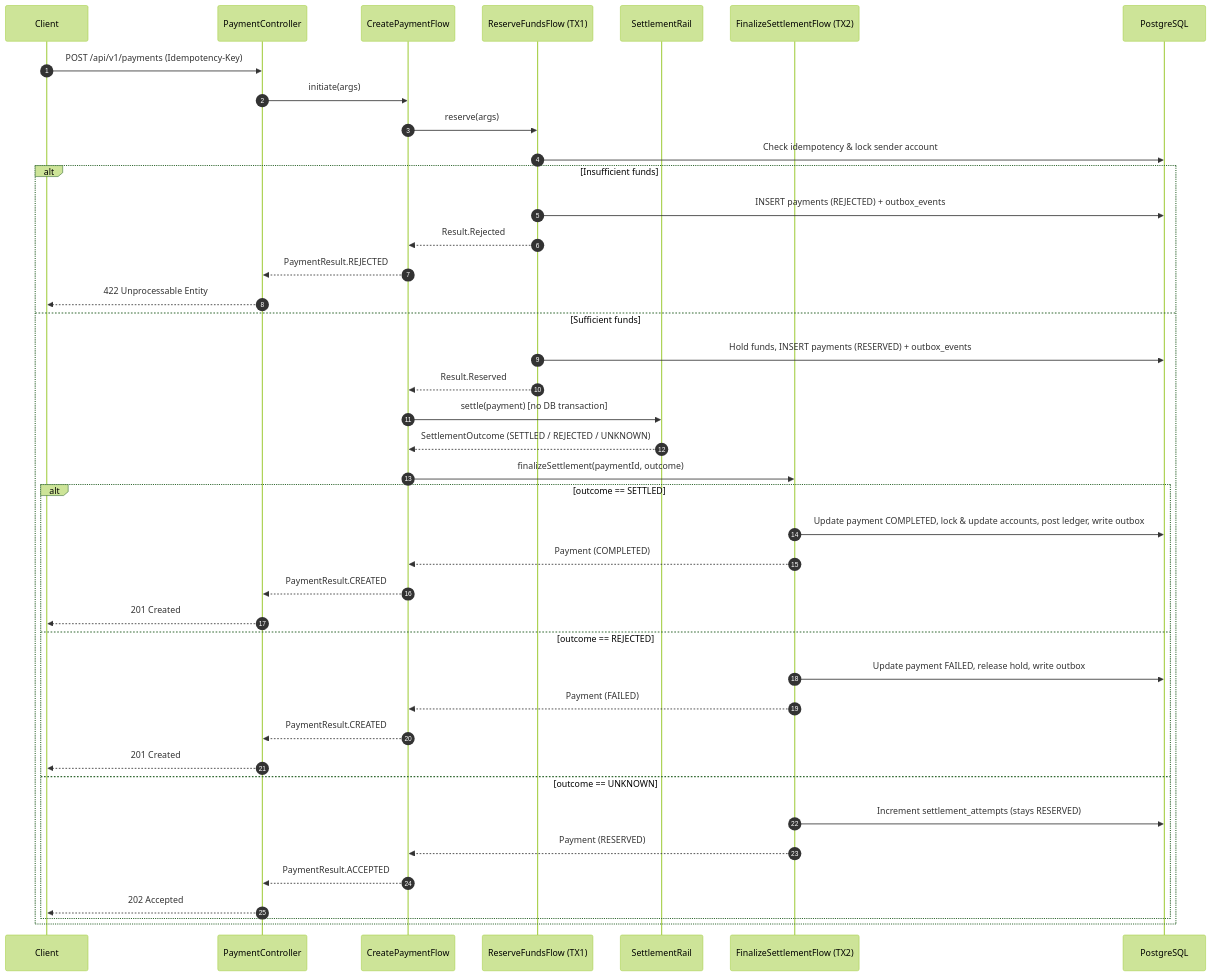
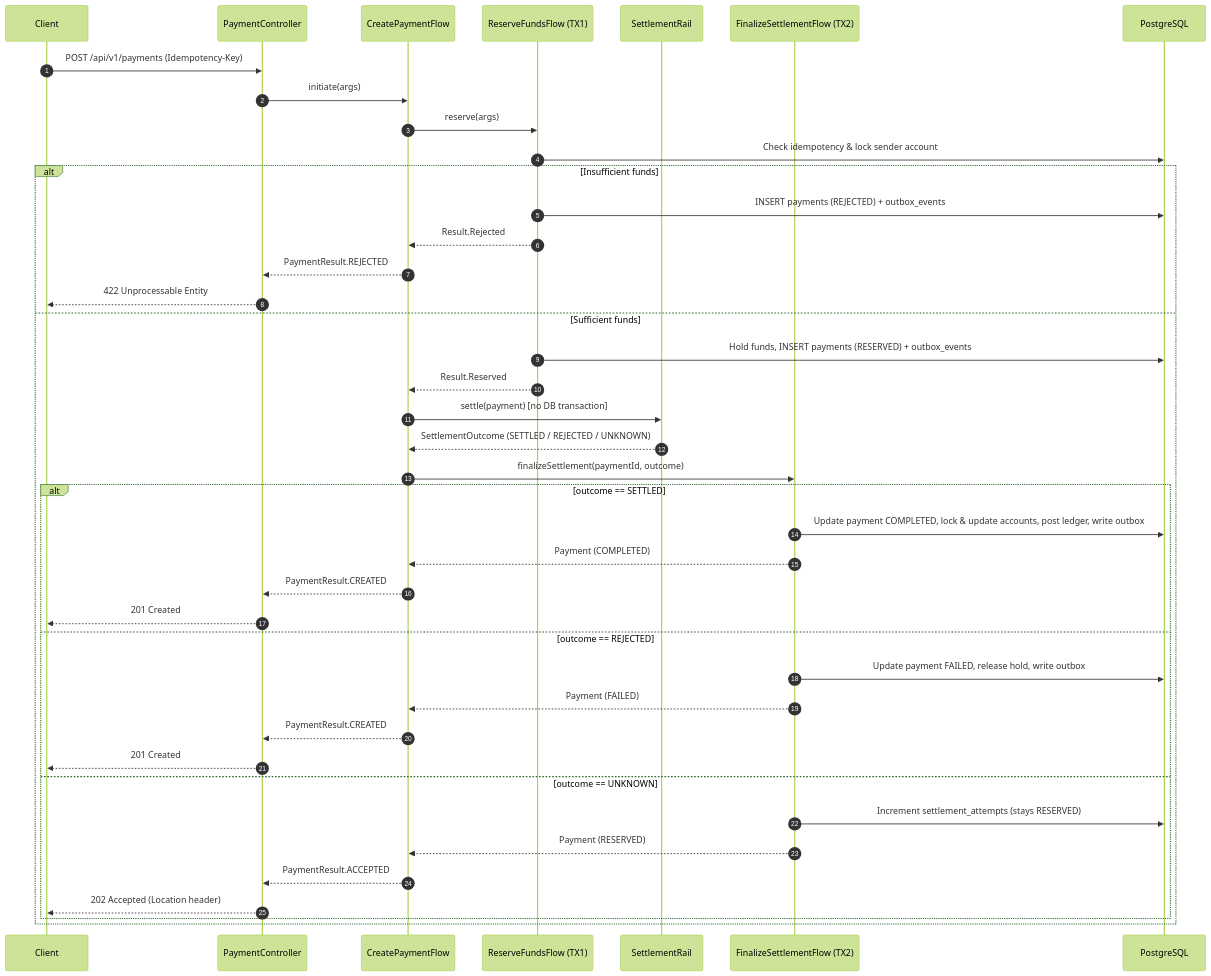
Before and after one commit to Luisa13/Alpian-Payment-Service: the first of 4 diagrams in docs/flows.md, drawn with Mermaid (forest theme). The commit also changed other lines of this file and 15 other files, not shown here.

````diff
--- a/docs/flows.md
+++ b/docs/flows.md
@@ -11,44 +11,44 @@
 ```mermaid
 sequenceDiagram
     autonumber
     participant C as Client
     participant API as PaymentController
     participant CPF as CreatePaymentFlow
     participant RFF as ReserveFundsFlow (TX1)
     participant RAIL as SettlementRail
     participant FSF as FinalizeSettlementFlow (TX2)
     participant DB as PostgreSQL
 
     C->>API: POST /api/v1/payments (Idempotency-Key)
     API->>CPF: initiate(args)
     CPF->>RFF: reserve(args)
     RFF->>DB: Check idempotency & lock sender account
     alt Insufficient funds
         RFF->>DB: INSERT payments (REJECTED) + outbox_events
         RFF-->>CPF: Result.Rejected
         CPF-->>API: PaymentResult.REJECTED
         API-->>C: 422 Unprocessable Entity
     else Sufficient funds
         RFF->>DB: Hold funds, INSERT payments (RESERVED) + outbox_events
         RFF-->>CPF: Result.Reserved
         CPF->>RAIL: settle(payment) [no DB transaction]
         RAIL-->>CPF: SettlementOutcome (SETTLED / REJECTED / UNKNOWN)
         CPF->>FSF: finalizeSettlement(paymentId, outcome)
         alt outcome == SETTLED
             FSF->>DB: Update payment COMPLETED, lock & update accounts, post ledger, write outbox
             FSF-->>CPF: Payment (COMPLETED)
             CPF-->>API: PaymentResult.CREATED
             API-->>C: 201 Created
         else outcome == REJECTED
             FSF->>DB: Update payment FAILED, release hold, write outbox
             FSF-->>CPF: Payment (FAILED)
             CPF-->>API: PaymentResult.CREATED
             API-->>C: 201 Created
         else outcome == UNKNOWN
             FSF->>DB: Increment settlement_attempts (stays RESERVED)
             FSF-->>CPF: Payment (RESERVED)
             CPF-->>API: PaymentResult.ACCEPTED
-            API-->>C: 202 Accepted
+            API-->>C: 202 Accepted (Location header)
         end
     end
 ```
````
